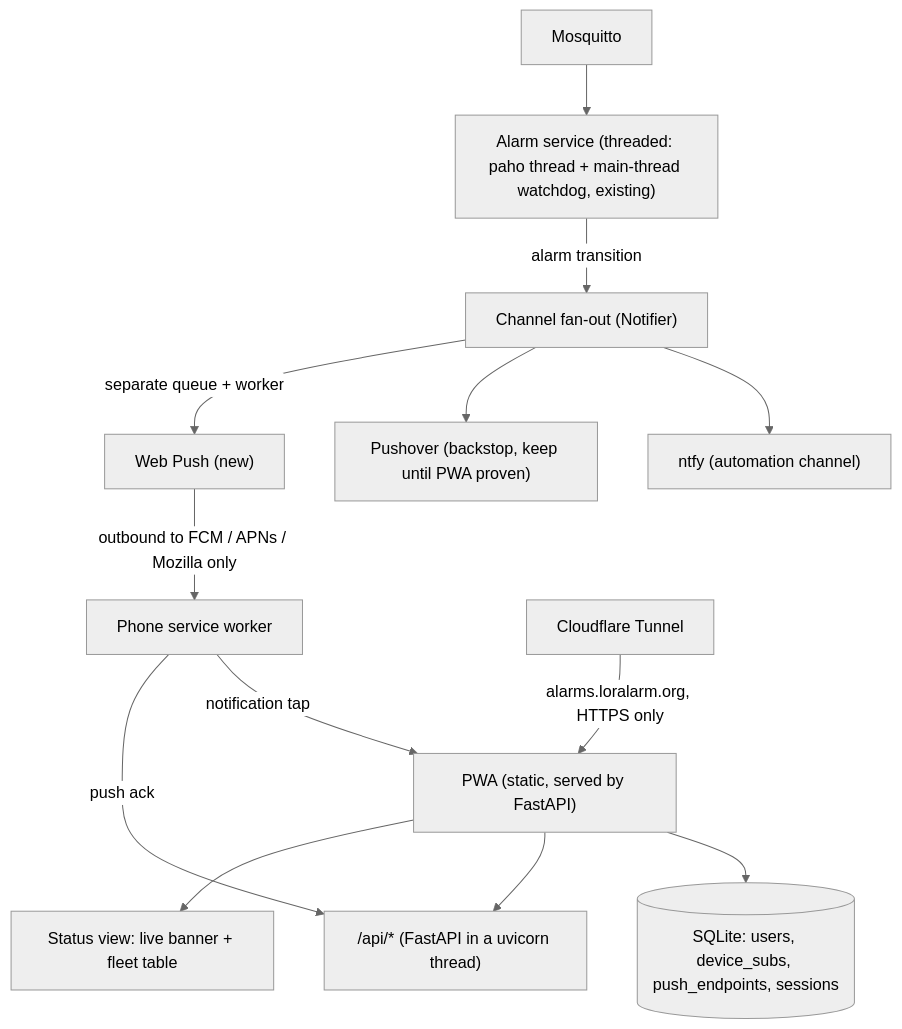
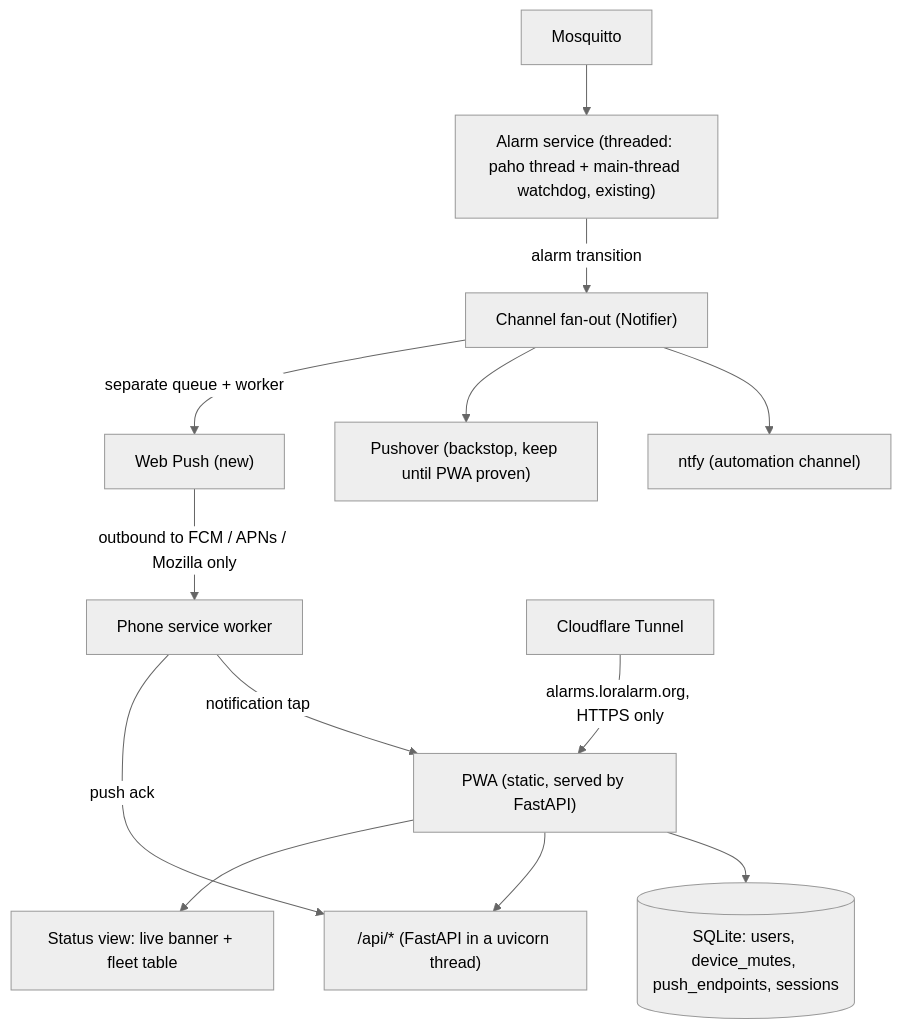
Before and after one commit to tompatulpan/loralarm.org: the diagram in PWA/docs/pwa-design.md, drawn with Mermaid (neutral theme). The commit also changed other lines of this file and 5 other files, not shown here.

Commit message:
Refactor user management: replace device subscriptions with mutes, update database schema, and enhance user seeding logic with improved error handling and tests

````diff
--- a/PWA/docs/pwa-design.md
+++ b/PWA/docs/pwa-design.md
@@ -24,15 +24,15 @@
 ```mermaid
 flowchart TD
   MQ["Mosquitto"] --> PY["Alarm service (threaded: paho thread + main-thread watchdog, existing)"]
   PY -->|"alarm transition"| CH["Channel fan-out (Notifier)"]
   CH --> N["ntfy (automation channel)"]
   CH --> P["Pushover (backstop, keep until PWA proven)"]
   CH -->|"separate queue + worker"| W["Web Push (new)"]
   W -->|"outbound to FCM / APNs / Mozilla only"| PH["Phone service worker"]
-  AP["PWA (static, served by FastAPI)"] --> SUB[("SQLite: users, device_subs, push_endpoints, sessions")]
+  AP["PWA (static, served by FastAPI)"] --> SUB[("SQLite: users, device_mutes, push_endpoints, sessions")]
   AP --> API["/api/* (FastAPI in a uvicorn thread)"]
   AP --> ST["Status view: live banner + fleet table"]
   PH -->|"notification tap"| AP
   PH -->|"push ack"| API
   CF["Cloudflare Tunnel"] -->|"alarms.loralarm.org, HTTPS only"| AP
 ```
````
